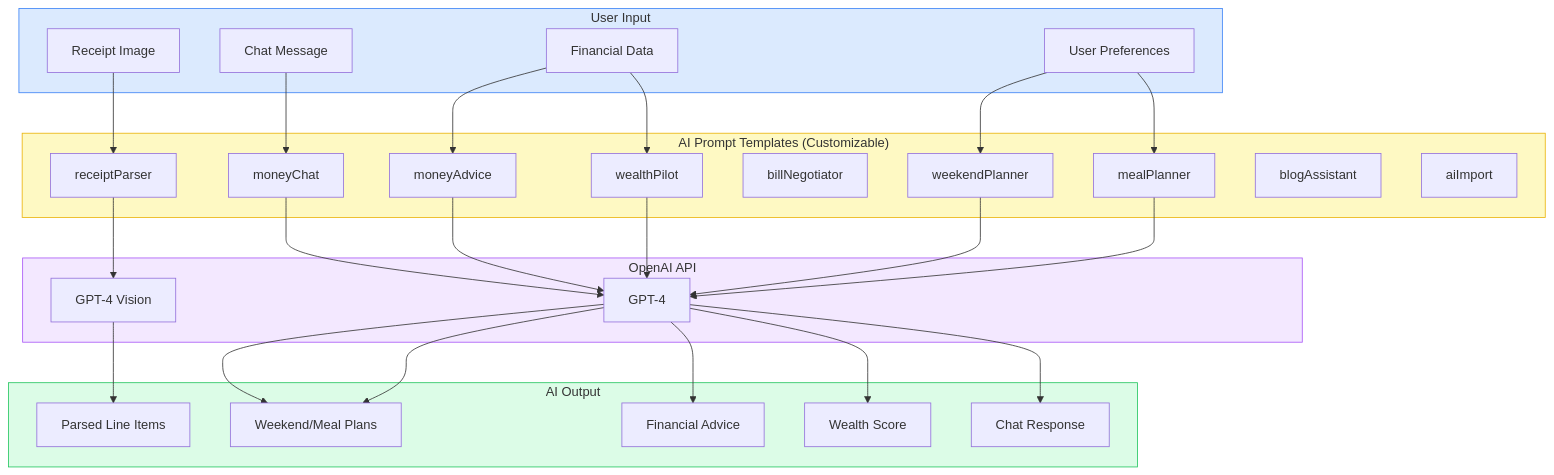
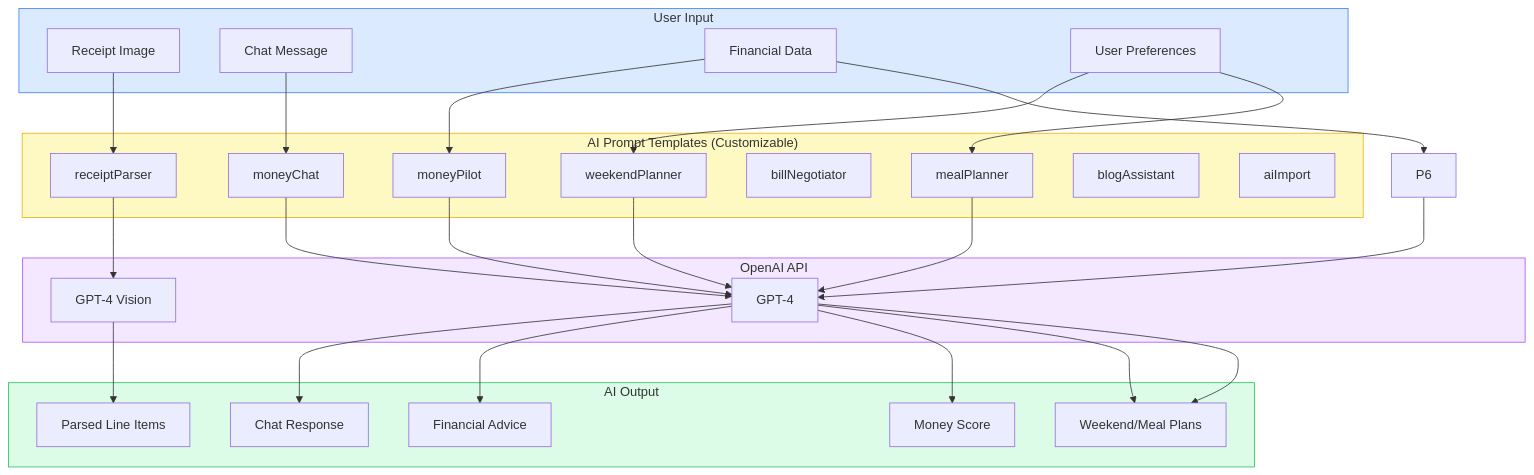
Diagram 13 of 30 in docs/PROJECT_DOCUMENTATION.md (sinaghadrico/moneystyle), drawn with Mermaid before and after one commit. The commit also changed other lines of this file and 35 other files, not shown here.

First line of the commit message:
refactor: rename Wealth Pilot to Money Pilot

````diff
--- a/docs/PROJECT_DOCUMENTATION.md
+++ b/docs/PROJECT_DOCUMENTATION.md
@@ -855,46 +854,45 @@
 ```mermaid
 graph TB
     subgraph User["User Input"]
         RECEIPT[Receipt Image]
         CHAT_MSG[Chat Message]
         FIN_DATA[Financial Data]
         PREFS[User Preferences]
     end
 
     subgraph Prompts["AI Prompt Templates (Customizable)"]
         P1[receiptParser]
         P2[weekendPlanner]
         P3[mealPlanner]
-        P4[moneyAdvice]
+        P4[moneyPilot]
         P5[billNegotiator]
-        P6[wealthPilot]
         P7[moneyChat]
         P8[blogAssistant]
         P9[aiImport]
     end
 
     subgraph OpenAI["OpenAI API"]
         GPT4[GPT-4]
         GPT4V[GPT-4 Vision]
     end
 
     subgraph Output["AI Output"]
         ITEMS[Parsed Line Items]
         PLAN[Weekend/Meal Plans]
         ADVICE[Financial Advice]
-        SCORE[Wealth Score]
+        SCORE[Money Score]
         RESPONSE[Chat Response]
     end
 
     RECEIPT --> P1 --> GPT4V --> ITEMS
     CHAT_MSG --> P7 --> GPT4 --> RESPONSE
     FIN_DATA --> P4 --> GPT4 --> ADVICE
     FIN_DATA --> P6 --> GPT4 --> SCORE
     PREFS --> P2 --> GPT4 --> PLAN
     PREFS --> P3 --> GPT4 --> PLAN
 
     style User fill:#dbeafe,stroke:#3b82f6
     style Prompts fill:#fef9c3,stroke:#eab308
     style OpenAI fill:#f3e8ff,stroke:#a855f7
     style Output fill:#dcfce7,stroke:#22c55e
 ```
````
